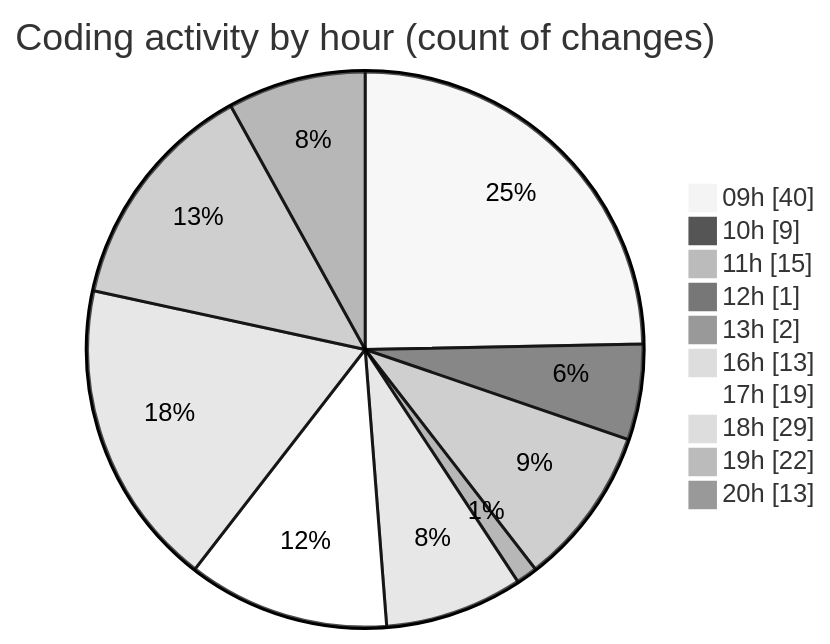
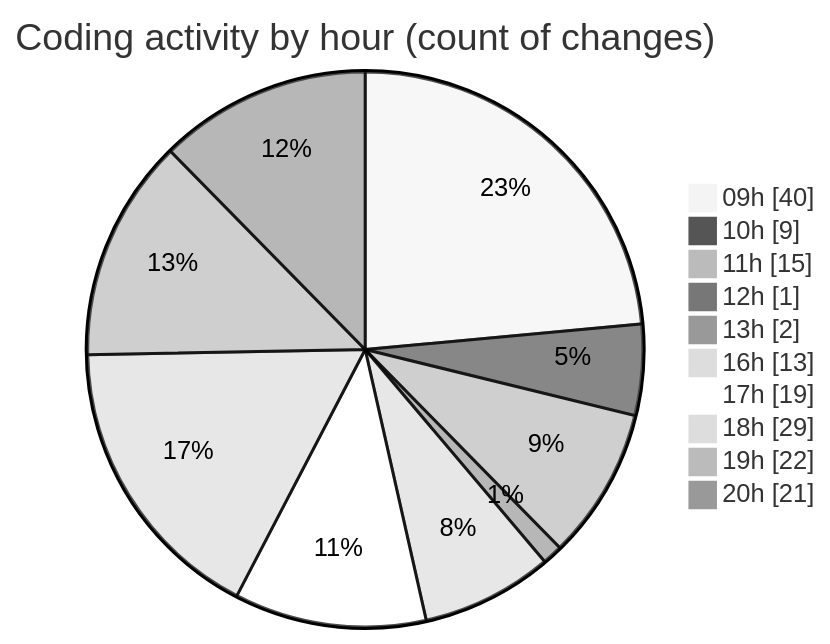
One commit to momahboobian/code-tracking changed the second of 2 diagrams in 2026-06-15/cda/README.md. Above: the diagram before and after it, drawn with Mermaid (neutral theme). The commit also changed other lines of this file and 1 other file, not shown here.

````diff
--- a/2026-06-15/cda/README.md
+++ b/2026-06-15/cda/README.md
@@ -81,14 +81,14 @@
 ```mermaid
 pie showData
 title Coding activity by hour (count of changes)
 "09h" : 40
 "10h" : 9
 "11h" : 15
 "12h" : 1
 "13h" : 2
 "16h" : 13
 "17h" : 19
 "18h" : 29
 "19h" : 22
-"20h" : 13
+"20h" : 21
 ```
````
